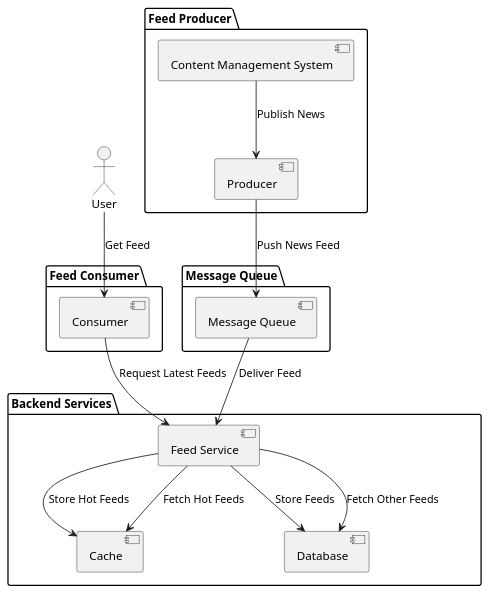
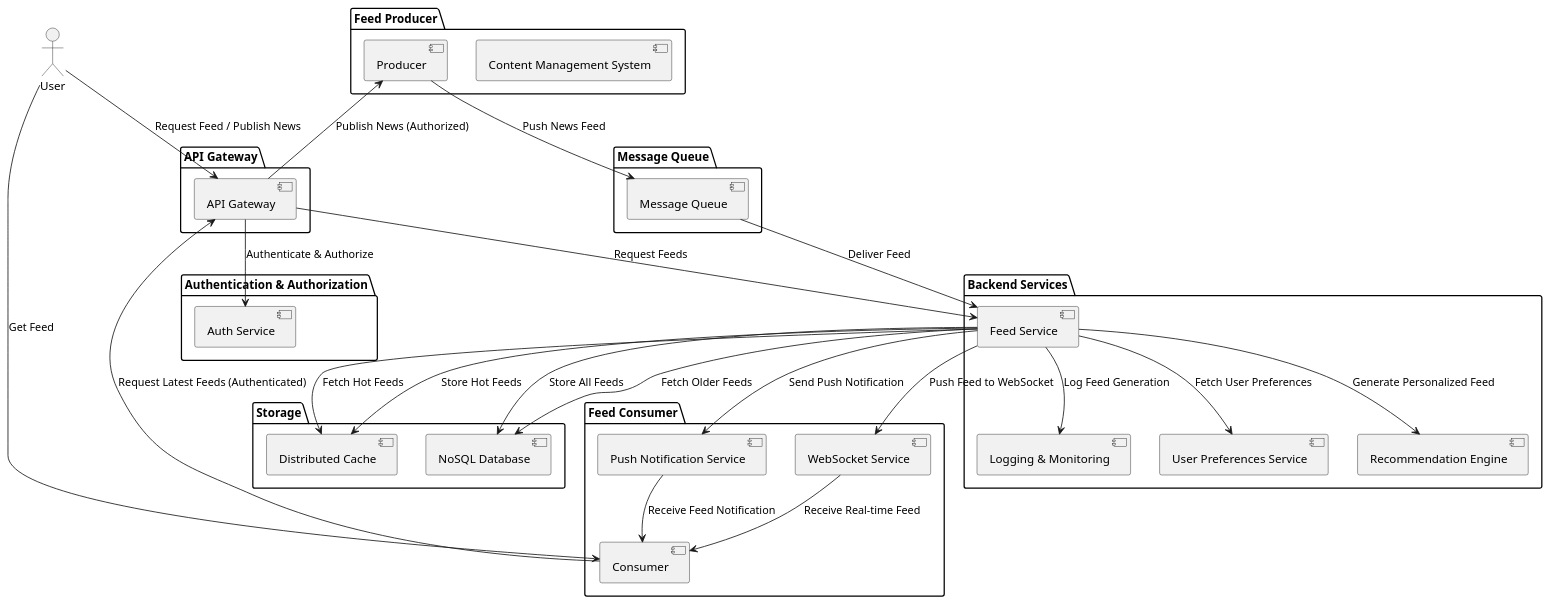
The diagram in real_time_news_feed_architecture.puml (huangyingw/system_design), drawn with PlantUML before and after one commit.

```diff
--- a/real_time_news_feed_architecture.puml
+++ b/real_time_news_feed_architecture.puml
@@ -1,33 +1,66 @@
 @startuml
 actor User
+
+package "API Gateway" {
+  [API Gateway] as APIGW
+}
+
+package "Authentication & Authorization" {
+  [Auth Service] as AuthService
+}
 
 package "Feed Producer" {
   [Content Management System] as CMS
   [Producer] as Producer
 }
 
 package "Message Queue" {
   [Message Queue] as MQ
 }
 
 package "Backend Services" {
   [Feed Service] as FeedService
-  [Cache] as Cache
-  [Database] as Database
+  [User Preferences Service] as PrefService
+  [Recommendation Engine] as RecEngine
+  [Logging & Monitoring] as Logging
+}
+
+package "Storage" {
+  [Distributed Cache] as Cache
+  [NoSQL Database] as Database
 }
 
 package "Feed Consumer" {
+  [WebSocket Service] as WSService
+  [Push Notification Service] as PushService
   [Consumer] as Consumer
   User --> Consumer : "Get Feed"
 }
 
-CMS --> Producer : "Publish News"
+' API Gateway manages incoming requests
+User --> APIGW : "Request Feed / Publish News"
+APIGW --> AuthService : "Authenticate & Authorize"
+APIGW --> Producer : "Publish News (Authorized)"
 Producer --> MQ : "Push News Feed"
+
+' Backend services manage feed generation, personalization, and storage
 MQ --> FeedService : "Deliver Feed"
+FeedService --> RecEngine : "Generate Personalized Feed"
+FeedService --> PrefService : "Fetch User Preferences"
+FeedService --> Logging : "Log Feed Generation"
 FeedService --> Cache : "Store Hot Feeds"
-FeedService --> Database : "Store Feeds"
-Consumer --> FeedService : "Request Latest Feeds"
+FeedService --> Database : "Store All Feeds"
+
+' Consumer fetches or receives feeds
+Consumer --> APIGW : "Request Latest Feeds (Authenticated)"
+APIGW --> FeedService : "Request Feeds"
 FeedService --> Cache : "Fetch Hot Feeds"
-FeedService --> Database : "Fetch Other Feeds"
+FeedService --> Database : "Fetch Older Feeds"
+
+' Push and real-time updates to consumers
+FeedService --> WSService : "Push Feed to WebSocket"
+FeedService --> PushService : "Send Push Notification"
+WSService --> Consumer : "Receive Real-time Feed"
+PushService --> Consumer : "Receive Feed Notification"
 
 @enduml
```
